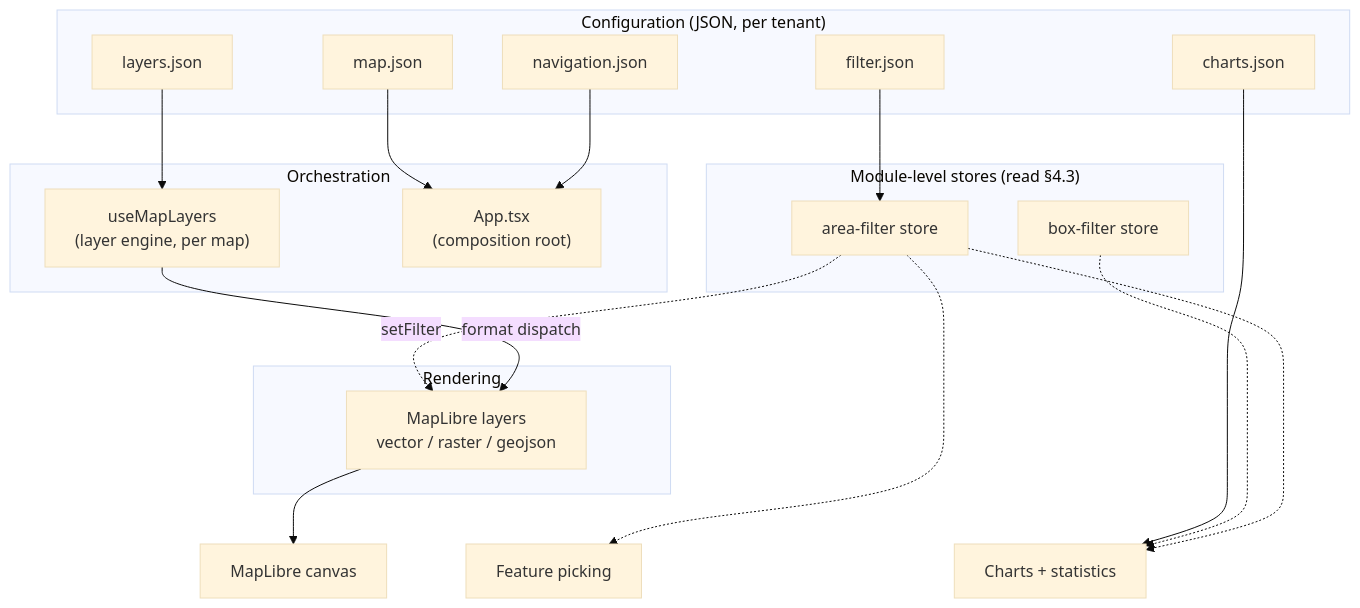
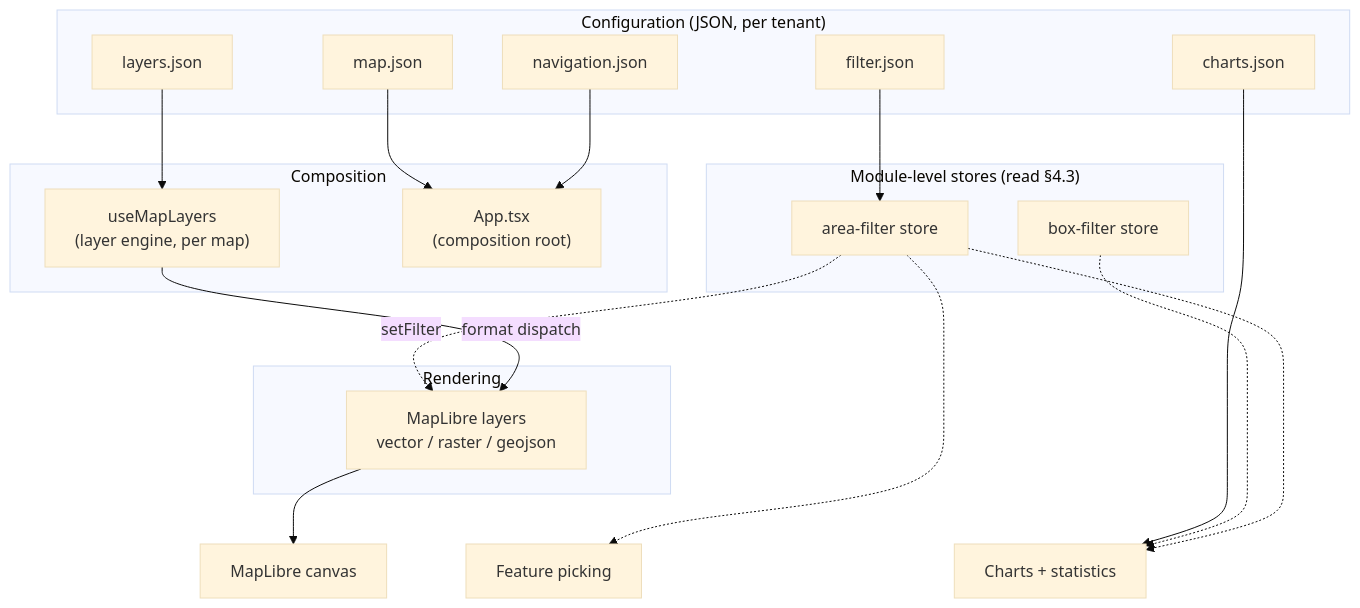
The second of 4 diagrams in docs/system-design.md (ObjectVision/DeRondeKaart), drawn with Mermaid (base theme) before and after one commit. The commit also changed other lines of this file, not shown here.

````diff
--- a/docs/system-design.md
+++ b/docs/system-design.md
@@ -164,44 +202,44 @@
 ```mermaid
 flowchart TD
     subgraph config["Configuration (JSON, per tenant)"]
         lj["layers.json"]
         nj["navigation.json"]
         cj["charts.json"]
         fj["filter.json"]
         mj["map.json"]
     end
 
-    subgraph state["Orchestration"]
+    subgraph state["Composition"]
         uml["useMapLayers<br/>(layer engine, per map)"]
         app["App.tsx<br/>(composition root)"]
     end
 
     subgraph stores["Module-level stores (read §4.3)"]
         af["area-filter store"]
         bf["box-filter store"]
     end
 
     subgraph render["Rendering"]
         ml["MapLibre layers<br/>vector / raster / geojson"]
     end
 
     canvas["MapLibre canvas"]
     charts["Charts + statistics"]
     pick["Feature picking"]
 
     lj --> uml
     nj --> app
     mj --> app
     uml -->|"format dispatch"| ml
     ml --> canvas
     af -.->|"setFilter"| ml
     af -.-> pick
     af -.-> charts
     bf -.-> charts
     cj --> charts
     fj --> af
 
     %% Layout only: invisible edges putting the three outputs on one rank.
     ml ~~~ charts
     ml ~~~ pick
 ```
````
